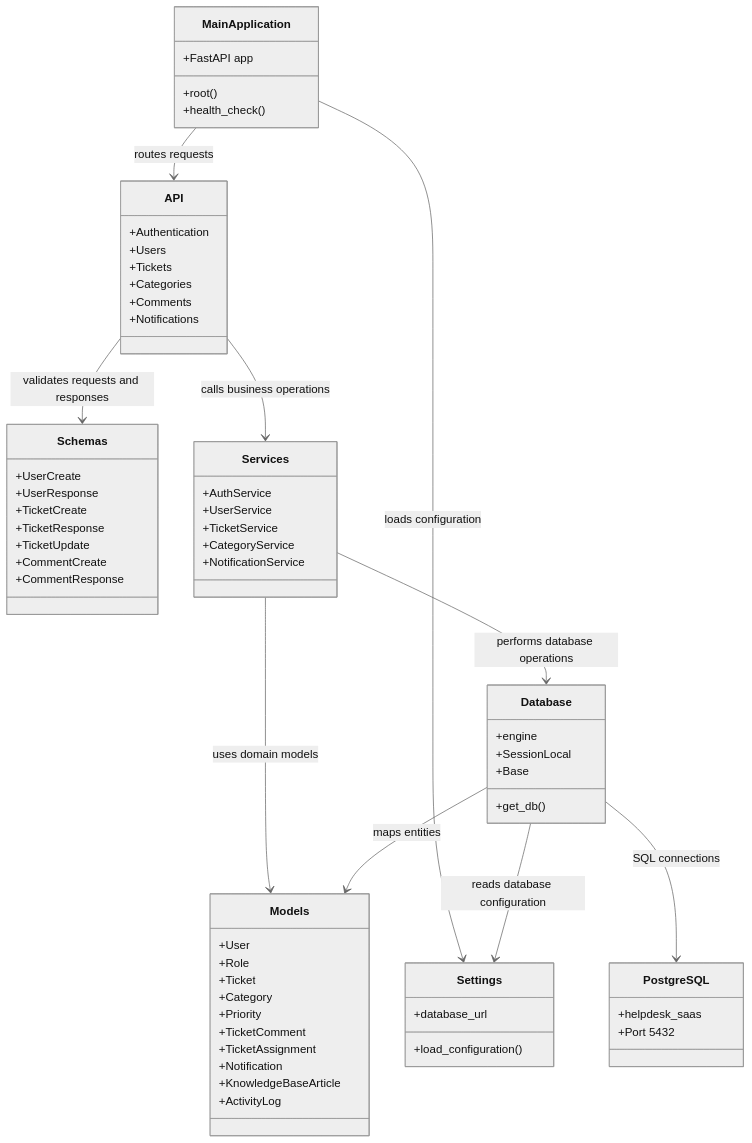
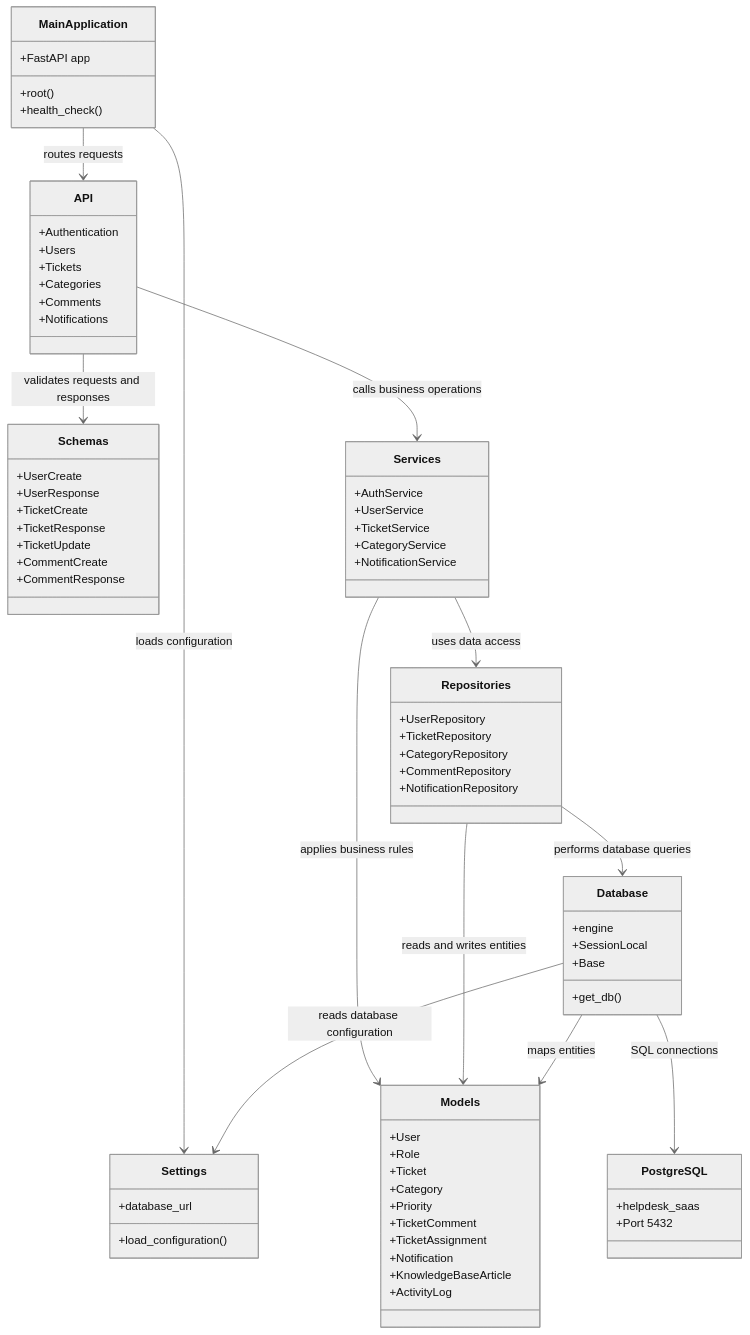
Before and after one commit to Md-Farhan12/helpdesk-customer-support-saas: the diagram in docs/diagrams/Class_Module_Diagram_v1.mmd, drawn with Mermaid (neutral theme). The commit also changed 1 other file, not shown here.

Commit message:
docs(diagrams): align class module diagram with repository layer

```diff
--- a/docs/diagrams/Class_Module_Diagram_v1.mmd
+++ b/docs/diagrams/Class_Module_Diagram_v1.mmd
@@ -1,77 +1,88 @@
 classDiagram
 
     class MainApplication {
         +FastAPI app
         +root()
         +health_check()
     }
 
     class Settings {
         +database_url
         +load_configuration()
     }
 
     class API {
         +Authentication
         +Users
         +Tickets
         +Categories
         +Comments
         +Notifications
     }
 
     class Schemas {
         +UserCreate
         +UserResponse
         +TicketCreate
         +TicketResponse
         +TicketUpdate
         +CommentCreate
         +CommentResponse
     }
 
     class Services {
         +AuthService
         +UserService
         +TicketService
         +CategoryService
         +NotificationService
     }
 
+    class Repositories {
+        +UserRepository
+        +TicketRepository
+        +CategoryRepository
+        +CommentRepository
+        +NotificationRepository
+    }
+
     class Database {
         +engine
         +SessionLocal
         +Base
         +get_db()
     }
 
     class Models {
         +User
         +Role
         +Ticket
         +Category
         +Priority
         +TicketComment
         +TicketAssignment
         +Notification
         +KnowledgeBaseArticle
         +ActivityLog
     }
 
     class PostgreSQL {
         +helpdesk_saas
         +Port 5432
     }
 
     MainApplication --> API : routes requests
     MainApplication --> Settings : loads configuration
 
     API --> Schemas : validates requests and responses
     API --> Services : calls business operations
 
-    Services --> Models : uses domain models
-    Services --> Database : performs database operations
+    Services --> Repositories : uses data access
+    Services --> Models : applies business rules
+
+    Repositories --> Database : performs database queries
+    Repositories --> Models : reads and writes entities
 
     Database --> Settings : reads database configuration
     Database --> Models : maps entities
     Database --> PostgreSQL : SQL connections
```
